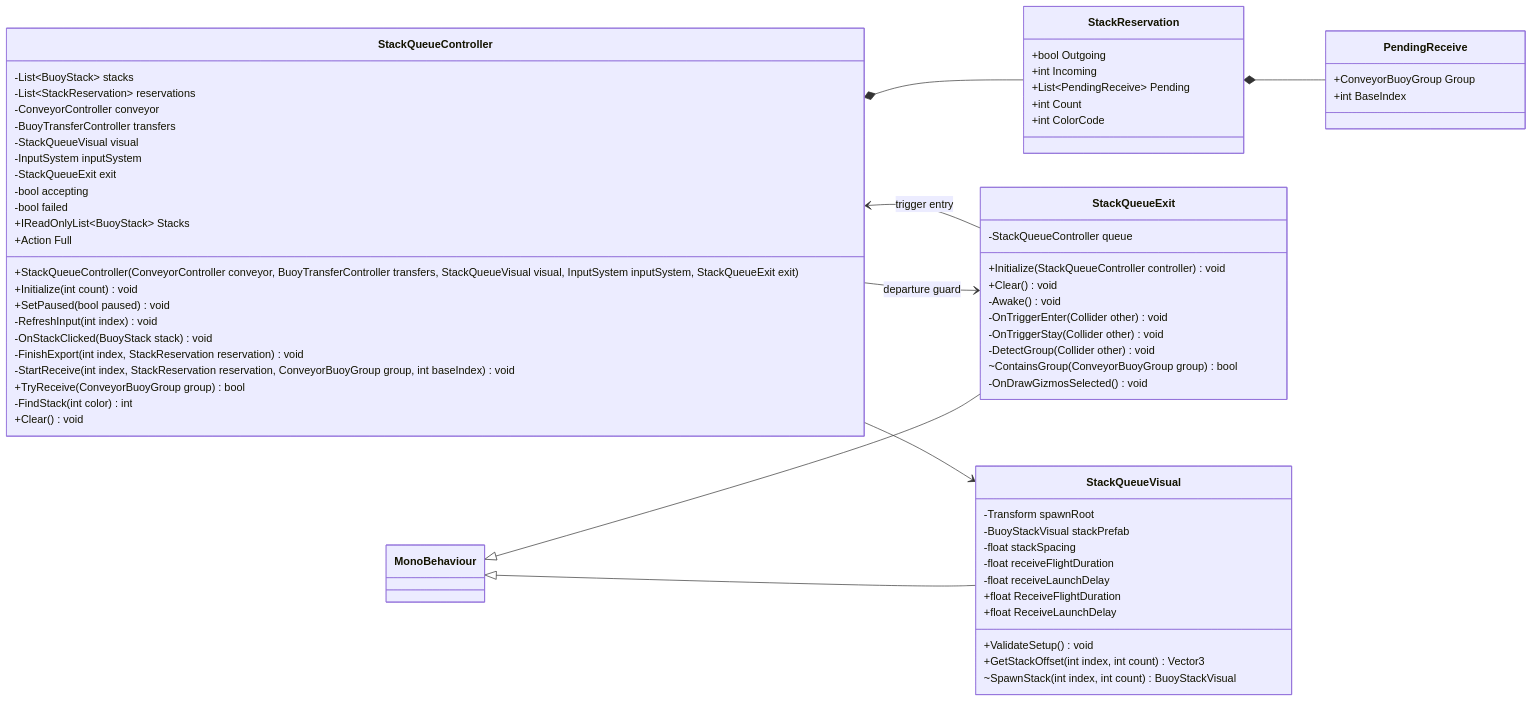
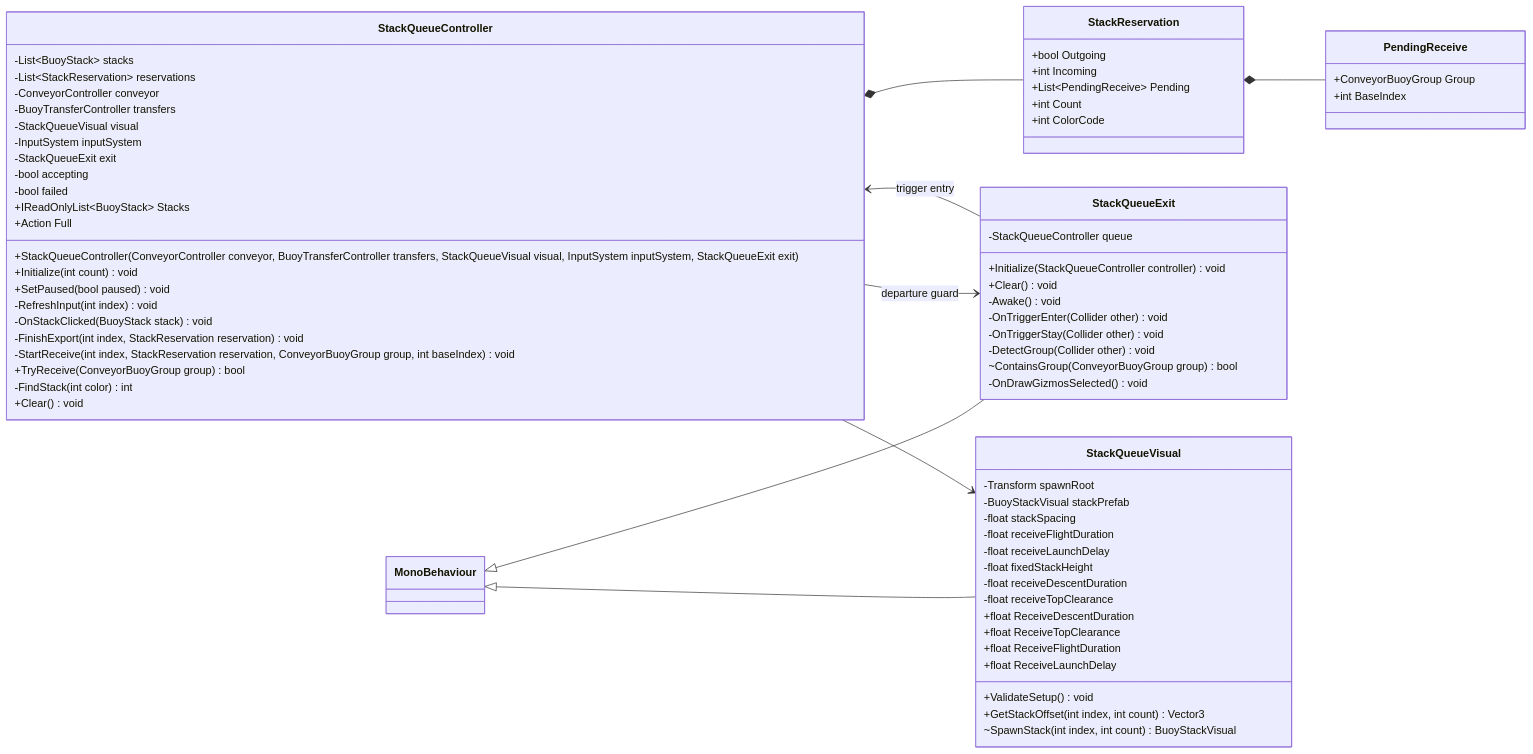
One commit to nchuoi2443/WaterConveyorSort changed the fifth of 8 diagrams in Docs/ClassDiagram.md. Above: the diagram before and after it, drawn with Mermaid. The commit also changed other lines of this file and 70 other files, not shown here.

````diff
--- a/Docs/ClassDiagram.md
+++ b/Docs/ClassDiagram.md
@@ -961,68 +1056,73 @@
 ```mermaid
 classDiagram
 direction LR
 class StackQueueController {
     -List~BuoyStack~ stacks
     -List~StackReservation~ reservations
     -ConveyorController conveyor
     -BuoyTransferController transfers
     -StackQueueVisual visual
     -InputSystem inputSystem
     -StackQueueExit exit
     -bool accepting
     -bool failed
     +IReadOnlyList~BuoyStack~ Stacks
     +Action Full
     +StackQueueController(ConveyorController conveyor, BuoyTransferController transfers, StackQueueVisual visual, InputSystem inputSystem, StackQueueExit exit)
     +Initialize(int count) void
     +SetPaused(bool paused) void
     -RefreshInput(int index) void
     -OnStackClicked(BuoyStack stack) void
     -FinishExport(int index, StackReservation reservation) void
     -StartReceive(int index, StackReservation reservation, ConveyorBuoyGroup group, int baseIndex) void
     +TryReceive(ConveyorBuoyGroup group) bool
     -FindStack(int color) int
     +Clear() void
 }
 class PendingReceive {
     +ConveyorBuoyGroup Group
     +int BaseIndex
 }
 class StackReservation {
     +bool Outgoing
     +int Incoming
     +List~PendingReceive~ Pending
     +int Count
     +int ColorCode
 }
 class StackQueueExit {
     -StackQueueController queue
     +Initialize(StackQueueController controller) void
     +Clear() void
     -Awake() void
     -OnTriggerEnter(Collider other) void
     -OnTriggerStay(Collider other) void
     -DetectGroup(Collider other) void
     ~ContainsGroup(ConveyorBuoyGroup group) bool
     -OnDrawGizmosSelected() void
 }
 MonoBehaviour <|-- StackQueueExit
 class StackQueueVisual {
     -Transform spawnRoot
     -BuoyStackVisual stackPrefab
     -float stackSpacing
     -float receiveFlightDuration
     -float receiveLaunchDelay
+    -float fixedStackHeight
+    -float receiveDescentDuration
+    -float receiveTopClearance
+    +float ReceiveDescentDuration
+    +float ReceiveTopClearance
     +float ReceiveFlightDuration
     +float ReceiveLaunchDelay
     +ValidateSetup() void
     +GetStackOffset(int index, int count) Vector3
     ~SpawnStack(int index, int count) BuoyStackVisual
 }
 MonoBehaviour <|-- StackQueueVisual
 StackQueueController *-- StackReservation
 StackQueueController --> StackQueueVisual
 StackQueueController --> StackQueueExit : departure guard
 StackReservation *-- PendingReceive
 StackQueueExit --> StackQueueController : trigger entry
 ```
````
